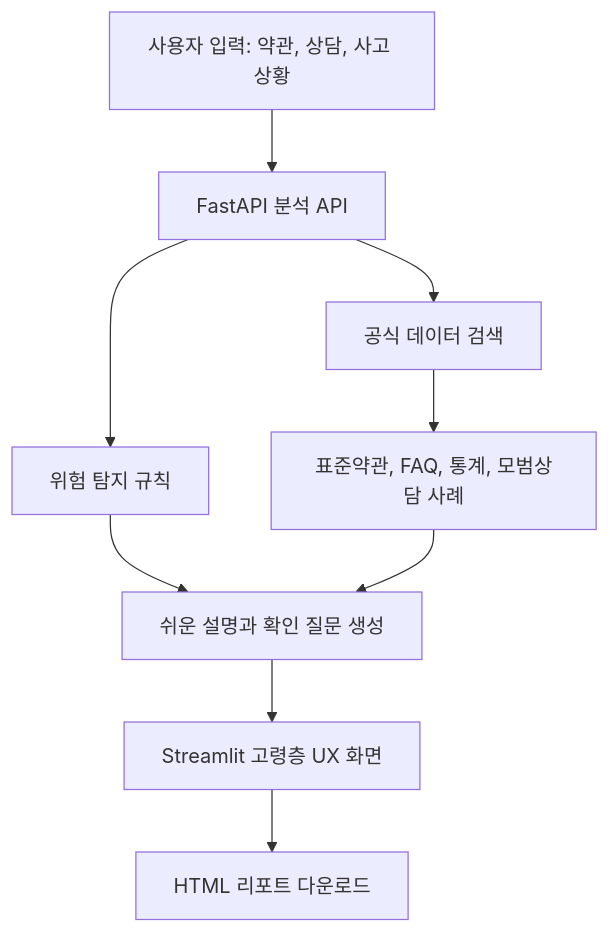
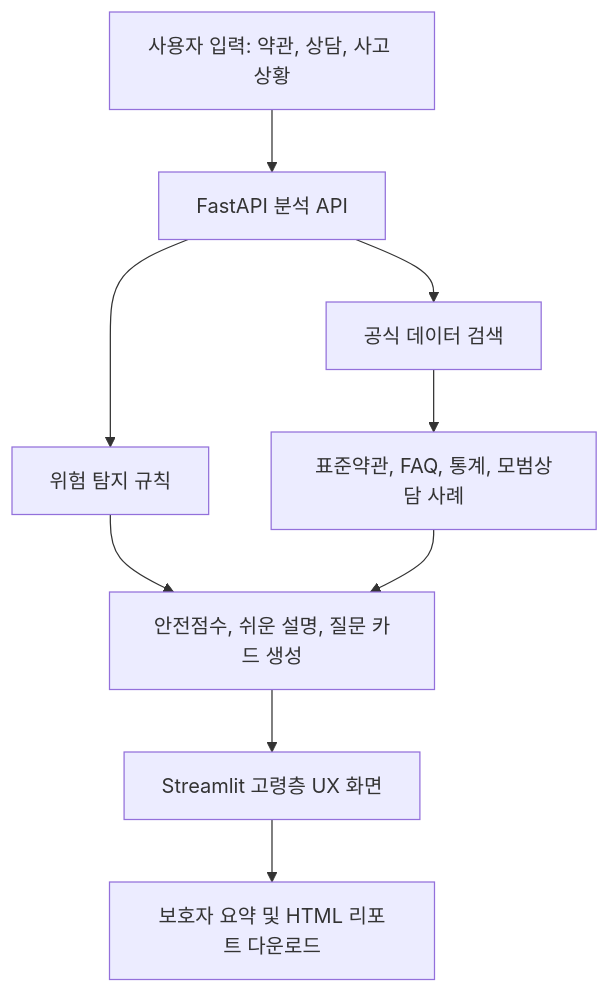
Before and after one commit to kkssyy1215/Silver_Finance_Guard_AI: the diagram in docs/portfolio_brief.md, drawn with Mermaid. The commit also changed other lines of this file and 2 other files, not shown here.

````diff
--- a/docs/portfolio_brief.md
+++ b/docs/portfolio_brief.md
@@ -60,11 +65,11 @@
 ```mermaid
 flowchart TD
   A["사용자 입력: 약관, 상담, 사고 상황"] --> B["FastAPI 분석 API"]
   B --> C["위험 탐지 규칙"]
   B --> D["공식 데이터 검색"]
   D --> E["표준약관, FAQ, 통계, 모범상담 사례"]
-  C --> F["쉬운 설명과 확인 질문 생성"]
+  C --> F["안전점수, 쉬운 설명, 질문 카드 생성"]
   E --> F
   F --> G["Streamlit 고령층 UX 화면"]
-  G --> H["HTML 리포트 다운로드"]
+  G --> H["보호자 요약 및 HTML 리포트 다운로드"]
 ```
````
